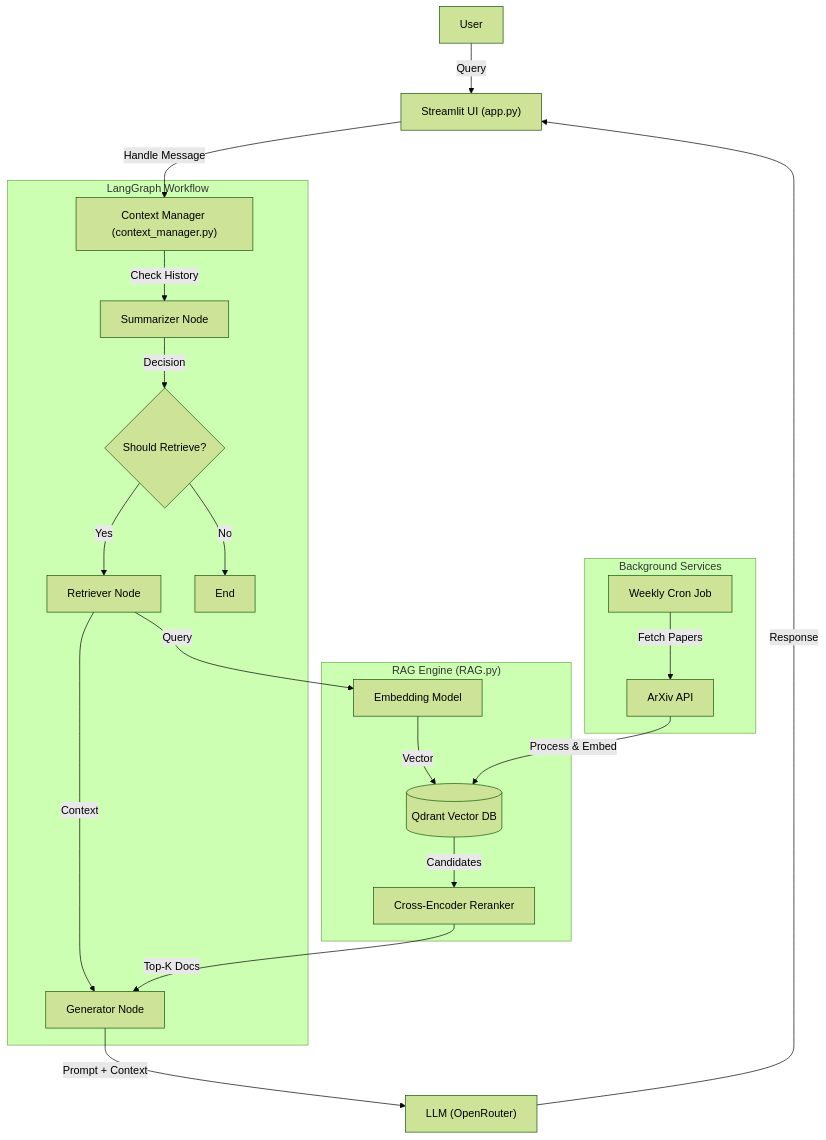
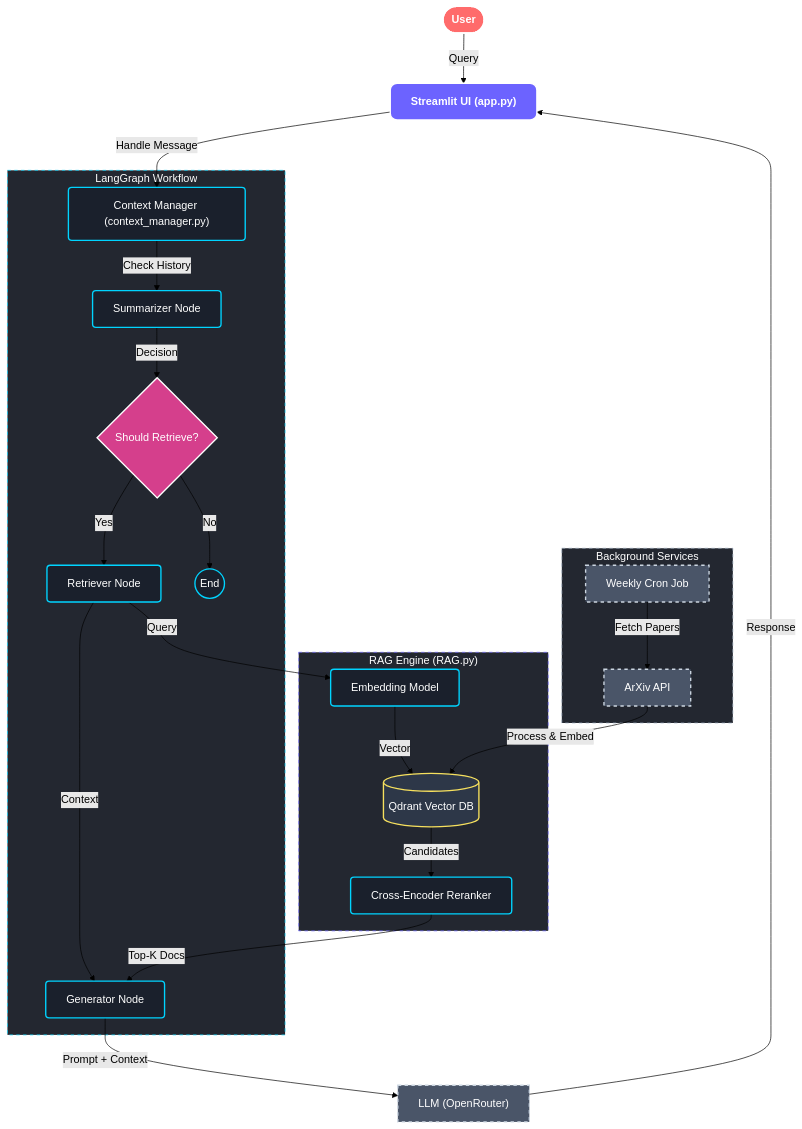
Before and after one commit to Rishi-11-2/ML_Research_RAG: the diagram in README.md, drawn with Mermaid (forest theme).

Commit message:
Added colors

````diff
--- a/README.md
+++ b/README.md
@@ -13,28 +13,39 @@
 ```mermaid
 graph TD
-    User[User] -->|Query| UI["Streamlit UI (app.py)"]
-    UI -->|Handle Message| CM["Context Manager (context_manager.py)"]
+    %% Define Styles
+    classDef user fill:#FF6B6B,stroke:#fff,stroke-width:2px,color:#fff,font-weight:bold;
+    classDef ui fill:#6C63FF,stroke:#fff,stroke-width:2px,color:#fff,font-weight:bold,rx:10,ry:10;
+    classDef logic fill:#1A202C,stroke:#00D4FF,stroke-width:2px,color:#fff,rx:5,ry:5;
+    classDef db fill:#2D3748,stroke:#F6E05E,stroke-width:2px,color:#fff;
+    classDef ext fill:#4A5568,stroke:#CBD5E0,stroke-width:2px,color:#fff,stroke-dasharray: 5 5;
+    classDef decision fill:#D53F8C,stroke:#fff,stroke-width:2px,color:#fff,rx:5,ry:5;
+
+    User([User]):::user -->|Query| UI["Streamlit UI (app.py)"]:::ui
+    UI -->|Handle Message| CM["Context Manager (context_manager.py)"]:::logic
     
     subgraph Orchestration [LangGraph Workflow]
-        CM -->|Check History| Sum[Summarizer Node]
-        Sum -->|Decision| Router{Should Retrieve?}
-        Router -->|Yes| Ret[Retriever Node]
-        Router -->|No| End[End]
-        Ret -->|Context| Gen[Generator Node]
+        style Orchestration fill:#232730,stroke:#00D4FF,stroke-width:1px,stroke-dasharray: 5 5,color:#fff
+        CM -->|Check History| Sum[Summarizer Node]:::logic
+        Sum -->|Decision| Router{Should Retrieve?}:::decision
+        Router -->|Yes| Ret[Retriever Node]:::logic
+        Router -->|No| End((End)):::logic
+        Ret -->|Context| Gen[Generator Node]:::logic
     end
     
     subgraph RAG_Core ["RAG Engine (RAG.py)"]
-        Ret -->|Query| Embed[Embedding Model]
-        Embed -->|Vector| Qdrant[(Qdrant Vector DB)]
-        Qdrant -->|Candidates| Rerank[Cross-Encoder Reranker]
+        style RAG_Core fill:#232730,stroke:#6C63FF,stroke-width:1px,stroke-dasharray: 5 5,color:#fff
+        Ret -->|Query| Embed[Embedding Model]:::logic
+        Embed -->|Vector| Qdrant[(Qdrant Vector DB)]:::db
+        Qdrant -->|Candidates| Rerank[Cross-Encoder Reranker]:::logic
         Rerank -->|Top-K Docs| Gen
     end
     
-    Gen -->|Prompt + Context| LLM["LLM (OpenRouter)"]
+    Gen -->|Prompt + Context| LLM["LLM (OpenRouter)"]:::ext
     LLM -->|Response| UI
     
     subgraph Ingestion [Background Services]
-        Cron[Weekly Cron Job] -->|Fetch Papers| Arxiv[ArXiv API]
+        style Ingestion fill:#232730,stroke:#A0AEC0,stroke-width:1px,stroke-dasharray: 5 5,color:#fff
+        Cron[Weekly Cron Job]:::ext -->|Fetch Papers| Arxiv[ArXiv API]:::ext
         Arxiv -->|Process & Embed| Qdrant
     end
 ```
````
